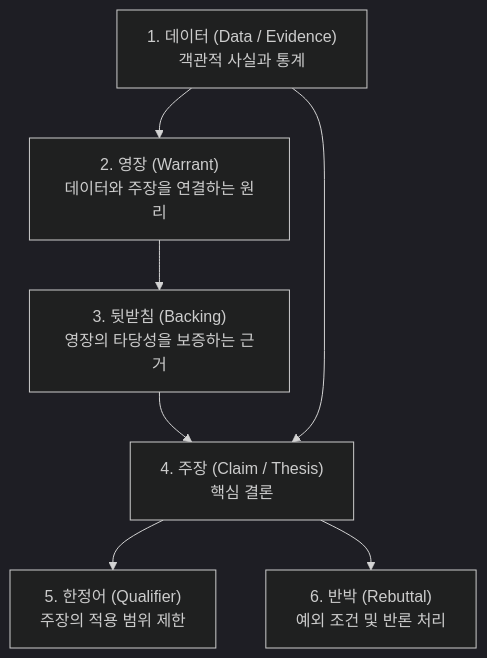
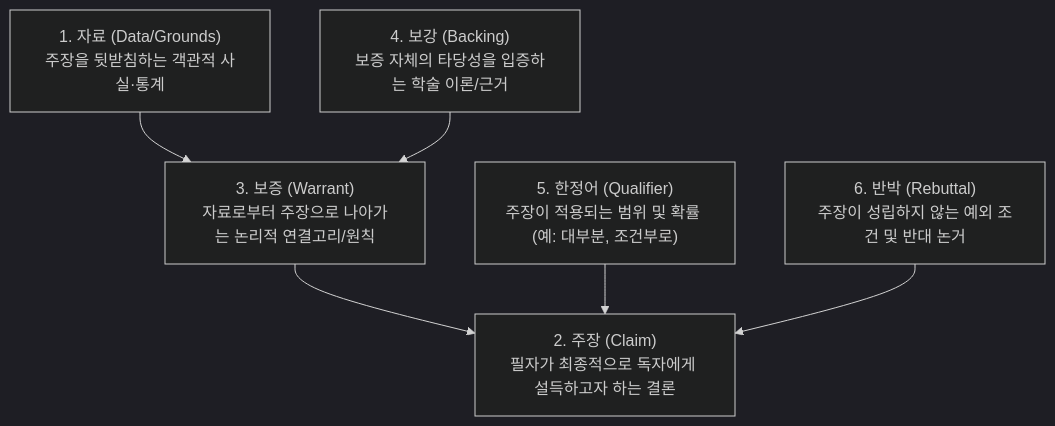
The diagram in ComputerScience/07_professional-humanities/creative-writing/notes/02. 논증적 에세이와 비판적 사고.md (umyunsang/edu), drawn with Mermaid (dark theme) before and after one commit. The commit also changed other lines of this file and 19 other files, not shown here.

````diff
--- a/ComputerScience/07_professional-humanities/creative-writing/notes/02. 논증적 에세이와 비판적 사고.md
+++ b/ComputerScience/07_professional-humanities/creative-writing/notes/02. 논증적 에세이와 비판적 사고.md
@@ -32,8 +32,8 @@
 ```mermaid
 flowchart TD
-    D["1. 데이터 (Data / Evidence)<br/>객관적 사실과 통계"] --> W["2. 영장 (Warrant)<br/>데이터와 주장을 연결하는 원리"]
-    W --> B["3. 뒷받침 (Backing)<br/>영장의 타당성을 보증하는 근거"]
-    B & D --> C["4. 주장 (Claim / Thesis)<br/>핵심 결론"]
-    C --> Q["5. 한정어 (Qualifier)<br/>주장의 적용 범위 제한"]
-    C --> R["6. 반박 (Rebuttal)<br/>예외 조건 및 반론 처리"]
+    D["1. 자료 (Data/Grounds)<br/>주장을 뒷받침하는 객관적 사실·통계"] --> W["3. 보증 (Warrant)<br/>자료로부터 주장으로 나아가는 논리적 연결고리/원칙"]
+    W --> C["2. 주장 (Claim)<br/>필자가 최종적으로 독자에게 설득하고자 하는 결론"]
+    B["4. 보강 (Backing)<br/>보증 자체의 타당성을 입증하는 학술 이론/근거"] --> W
+    Q["5. 한정어 (Qualifier)<br/>주장이 적용되는 범위 및 확률 (예: 대부분, 조건부로)"] --> C
+    R["6. 반박 (Rebuttal)<br/>주장이 성립하지 않는 예외 조건 및 반대 논거"] --> C
 ```
````
